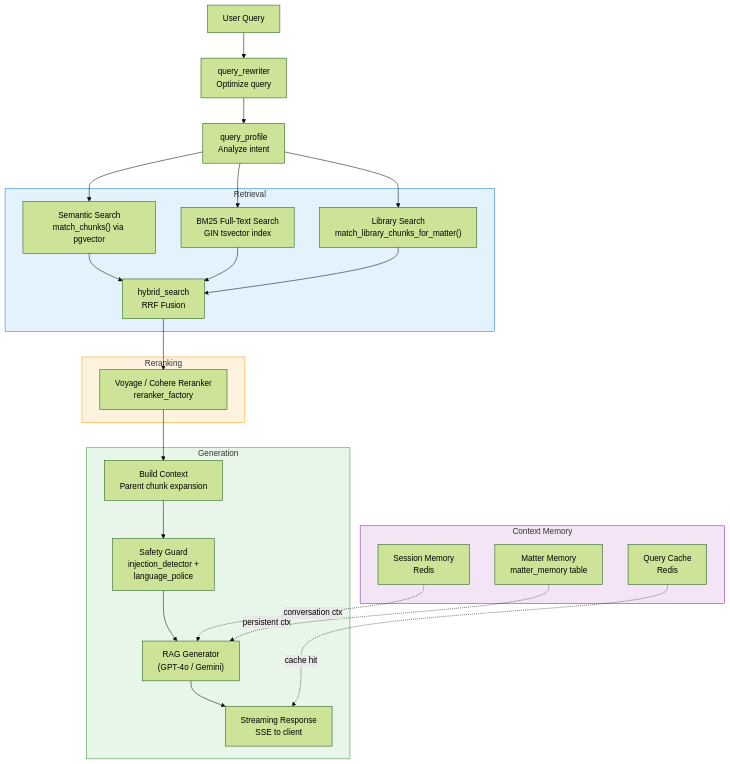
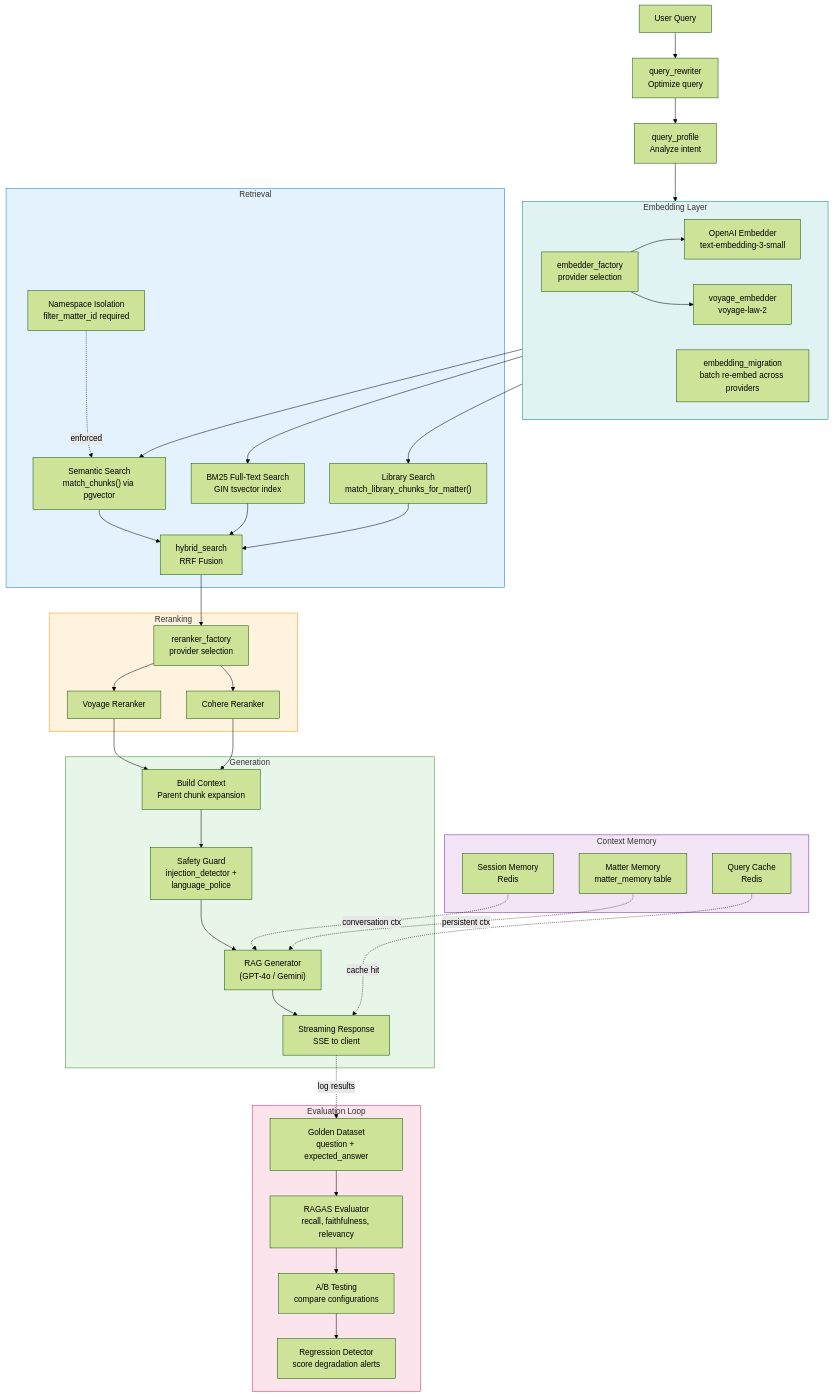
One commit to juhinebhnani4/LDIP changed the tenth of 11 diagrams in docs/architecture-diagrams.md. Above: the diagram before and after it, drawn with Mermaid (forest theme). The commit also changed other lines of this file, not shown here.

First line of the commit message:
docs: update architecture diagrams with full codebase coverage

````diff
--- a/docs/architecture-diagrams.md
+++ b/docs/architecture-diagrams.md
@@ -698,45 +987,71 @@
 ```mermaid
 graph TB
     USER_Q["User Query"]
     QR["query_rewriter<br/>Optimize query"]
     QP["query_profile<br/>Analyze intent"]
 
     subgraph RETRIEVAL["Retrieval"]
         SEMANTIC["Semantic Search<br/>match_chunks() via pgvector"]
         BM25["BM25 Full-Text Search<br/>GIN tsvector index"]
         LIBRARY_SEARCH["Library Search<br/>match_library_chunks_for_matter()"]
         HYBRID["hybrid_search<br/>RRF Fusion"]
+        NAMESPACE["Namespace Isolation<br/>filter_matter_id required"]
+    end
+
+    subgraph EMBEDDING["Embedding Layer"]
+        EMB_FACTORY["embedder_factory<br/>provider selection"]
+        OAI_EMB["OpenAI Embedder<br/>text-embedding-3-small"]
+        VOY_EMB["voyage_embedder<br/>voyage-law-2"]
+        EMB_MIG["embedding_migration<br/>batch re-embed across providers"]
     end
 
     subgraph RERANK["Reranking"]
-        RERANKER["Voyage / Cohere Reranker<br/>reranker_factory"]
+        RERANKER["reranker_factory<br/>provider selection"]
+        VOY_RR["Voyage Reranker"]
+        COH_RR["Cohere Reranker"]
     end
 
     subgraph GENERATION["Generation"]
         CONTEXT["Build Context<br/>Parent chunk expansion"]
         SAFETY["Safety Guard<br/>injection_detector +<br/>language_police"]
         GEN["RAG Generator<br/>(GPT-4o / Gemini)"]
         STREAM["Streaming Response<br/>SSE to client"]
     end
 
     subgraph MEMORY["Context Memory"]
         SESSION_MEM["Session Memory<br/>Redis"]
         MATTER_MEM["Matter Memory<br/>matter_memory table"]
         Q_CACHE["Query Cache<br/>Redis"]
     end
 
+    subgraph EVAL_LOOP["Evaluation Loop"]
+        GOLDEN["Golden Dataset<br/>question + expected_answer"]
+        RAGAS["RAGAS Evaluator<br/>recall, faithfulness, relevancy"]
+        AB_TEST["A/B Testing<br/>compare configurations"]
+        REGRESSION["Regression Detector<br/>score degradation alerts"]
+    end
+
     USER_Q --> QR --> QP
-    QP --> SEMANTIC & BM25 & LIBRARY_SEARCH
+    QP --> EMBEDDING
+    EMB_FACTORY --> OAI_EMB & VOY_EMB
+    EMBEDDING --> SEMANTIC & BM25 & LIBRARY_SEARCH
+    NAMESPACE -.->|"enforced"| SEMANTIC
     SEMANTIC & BM25 & LIBRARY_SEARCH --> HYBRID
     HYBRID --> RERANKER
-    RERANKER --> CONTEXT --> SAFETY --> GEN --> STREAM
+    RERANKER --> VOY_RR & COH_RR
+    VOY_RR & COH_RR --> CONTEXT --> SAFETY --> GEN --> STREAM
 
     Q_CACHE -.->|"cache hit"| STREAM
     SESSION_MEM -.->|"conversation ctx"| GEN
     MATTER_MEM -.->|"persistent ctx"| GEN
 
+    STREAM -.->|"log results"| GOLDEN
+    GOLDEN --> RAGAS --> AB_TEST --> REGRESSION
+
     style RETRIEVAL fill:#e3f2fd,stroke:#1976D2
+    style EMBEDDING fill:#e0f2f1,stroke:#00897B
     style RERANK fill:#fff3e0,stroke:#FF9800
     style GENERATION fill:#e8f5e9,stroke:#388E3C
     style MEMORY fill:#f3e5f5,stroke:#7B1FA2
+    style EVAL_LOOP fill:#fce4ec,stroke:#E91E63
 ```
````
